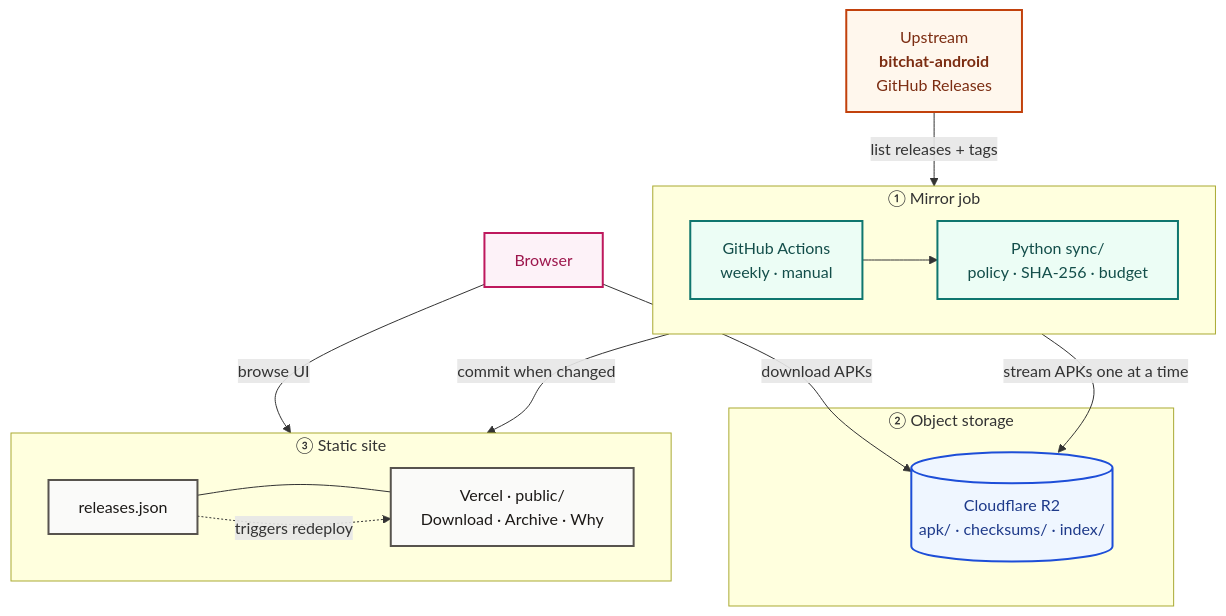
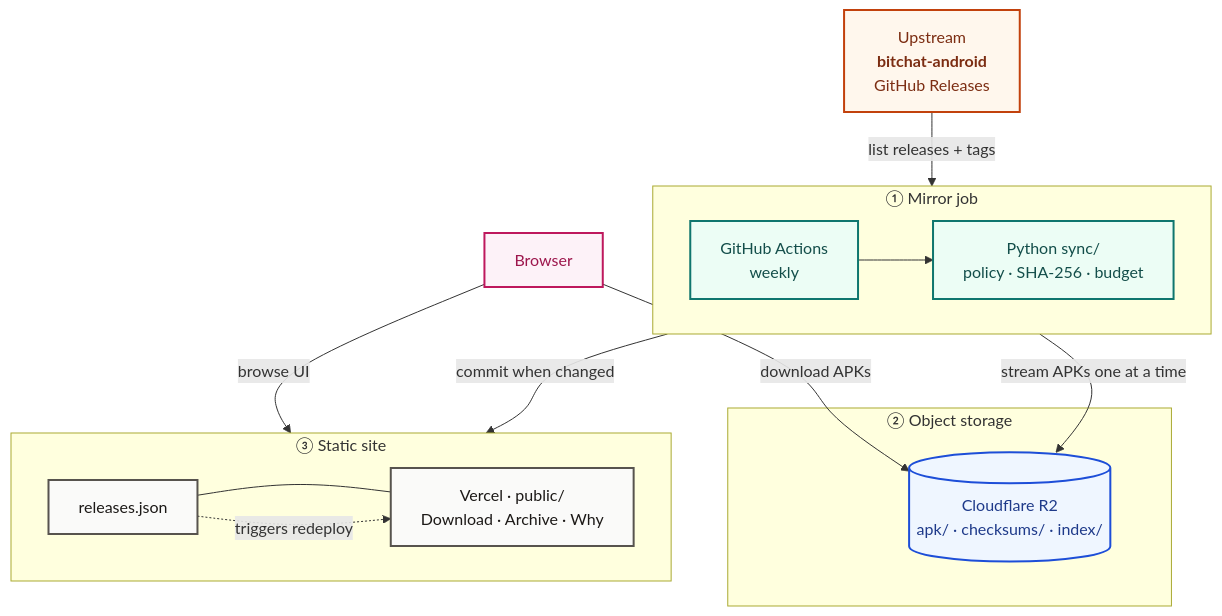
One commit to CodeDotJS/bitchat-mirror changed the diagram in README.md. Above: the diagram before and after it, drawn with Mermaid. The commit also changed other lines of this file, not shown here.

Commit message:
Drop manual from the Actions label in the README diagram.

````diff
--- a/README.md
+++ b/README.md
@@ -35,44 +35,44 @@
 ```mermaid
 flowchart TB
   GH["Upstream<br/><b>bitchat-android</b><br/>GitHub Releases"]
 
   subgraph job["① Mirror job"]
     direction LR
-    GA["GitHub Actions<br/>weekly · manual"]
+    GA["GitHub Actions<br/>weekly"]
     SYNC["Python sync/<br/>policy · SHA-256 · budget"]
     GA --> SYNC
   end
 
   subgraph store["② Object storage"]
     R2[("Cloudflare R2<br/>apk/ · checksums/ · index/")]
   end
 
   subgraph web["③ Static site"]
     direction LR
     IDX["releases.json"]
     VER["Vercel · public/<br/>Download · Archive · Why"]
     IDX --- VER
   end
 
   BR["Browser"]
 
   GH -->|"list releases + tags"| SYNC
   SYNC -->|"stream APKs one at a time"| R2
   SYNC -->|"commit when changed"| IDX
   IDX -.->|"triggers redeploy"| VER
 
   BR -->|"browse UI"| VER
   BR -->|"download APKs"| R2
 
   classDef src fill:#fff7ed,stroke:#c2410c,color:#7c2d12,stroke-width:2px
   classDef work fill:#ecfdf5,stroke:#0f766e,color:#134e4a,stroke-width:2px
   classDef blob fill:#eff6ff,stroke:#1d4ed8,color:#1e3a8a,stroke-width:2px
   classDef ui fill:#fafaf9,stroke:#57534e,color:#1c1917,stroke-width:2px
   classDef human fill:#fdf2f8,stroke:#be185d,color:#9d174d,stroke-width:2px
 
   class GH src
   class GA,SYNC work
   class R2 blob
   class IDX,VER ui
   class BR human
 ```
````
